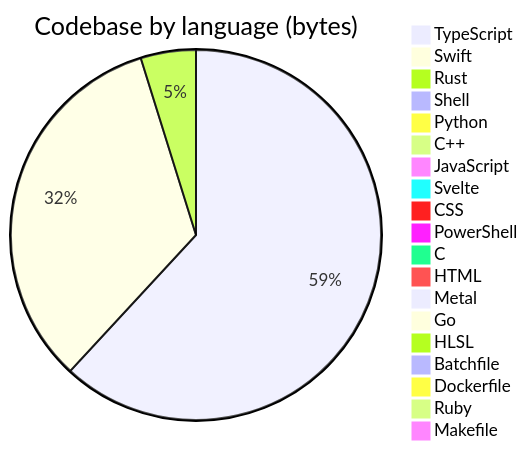
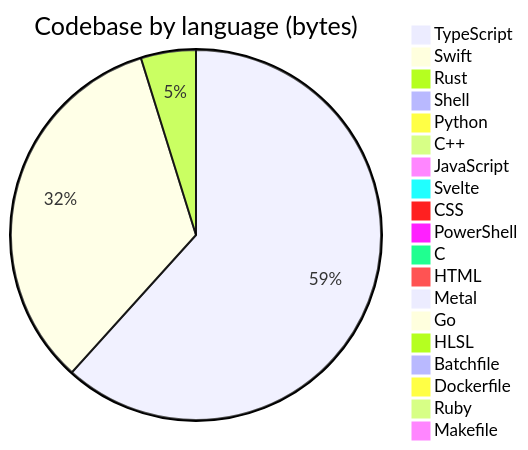
Before and after one commit to Open330/.github: the diagram in profile/README.md, drawn with Mermaid. The commit also changed other lines of this file, not shown here.

````diff
--- a/profile/README.md
+++ b/profile/README.md
@@ -130,22 +130,22 @@
 ```mermaid
 pie title Codebase by language (bytes)
     "TypeScript" : 34493965
-    "Swift" : 18565514
+    "Swift" : 18735691
     "Rust" : 2684444
     "Shell" : 507308
-    "Python" : 435131
+    "Python" : 443148
     "C++" : 388775
     "JavaScript" : 368493
     "Svelte" : 143451
     "CSS" : 143226
     "PowerShell" : 128198
     "C" : 114143
     "HTML" : 55101
     "Metal" : 33033
     "Go" : 22811
     "HLSL" : 7527
     "Batchfile" : 5870
     "Dockerfile" : 4893
     "Ruby" : 1554
     "Makefile" : 1150
 ```
````
